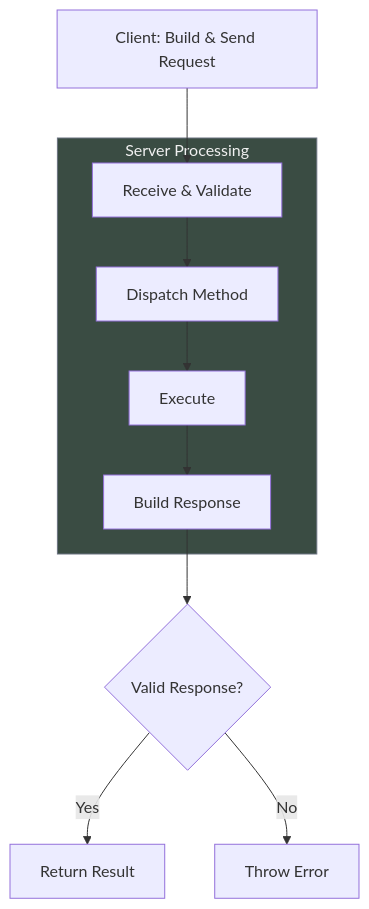
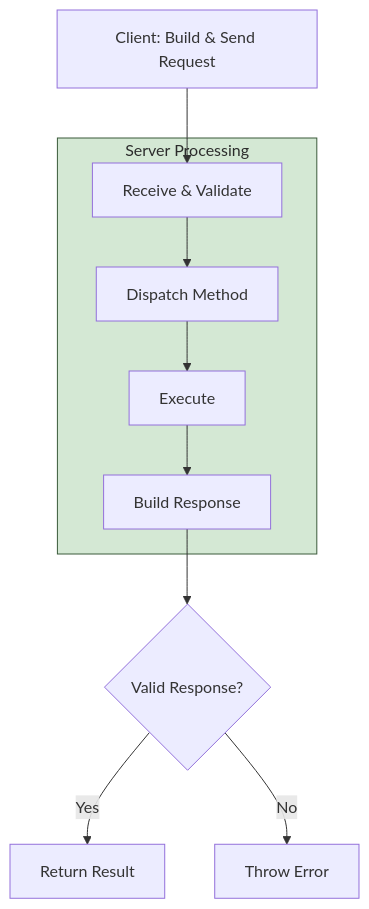
Before and after one commit to blackwell-systems/blog: the diagram in book/manuscript/images/diagrams/mmd/chapter-06-json-rpc-diagram-2.mmd, drawn with Mermaid. The commit also changed 1 other file, not shown here.

Commit message:
Fix Chapter 6 diagram 2 colors for Leanpub PDF
Use light palette (Light Green #D4E8D4, dark text #2c2c2c)
instead of blog's dark colors

```diff
--- a/book/manuscript/images/diagrams/mmd/chapter-06-json-rpc-diagram-2.mmd
+++ b/book/manuscript/images/diagrams/mmd/chapter-06-json-rpc-diagram-2.mmd
@@ -1,14 +1,14 @@
 flowchart TB
     client[Client: Build & Send Request]
     
     subgraph server["Server Processing"]
         receive[Receive & Validate] --> dispatch[Dispatch Method]
         dispatch --> execute[Execute] --> respond[Build Response]
     end
     
     client --> receive
     respond --> result{Valid Response?}
     result -->|Yes| success[Return Result]
     result -->|No| error[Throw Error]
     
-    style server fill:#3A4C43,stroke:#6b7280,color:#f0f0f0
+    style server fill:#D4E8D4,stroke:#3a5a3a,color:#2c2c2c
```
